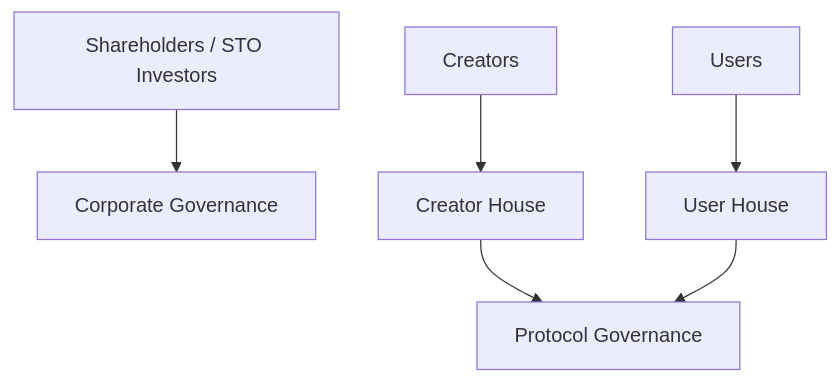
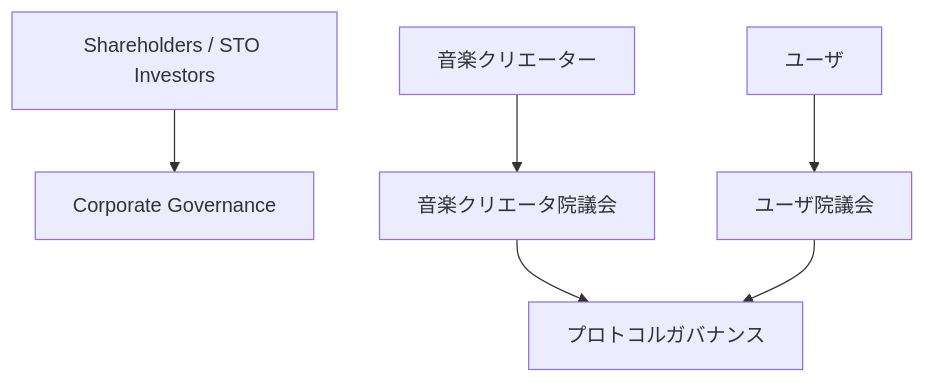
Diagram 15 of 17 in docs/whitepaper/01-vision.md (ShigeichiroYamasaki/creator-first-platform), drawn with Mermaid before and after one commit. The commit also changed other lines of this file and 67 other files, not shown here.

````diff
--- a/docs/whitepaper/01-vision.md
+++ b/docs/whitepaper/01-vision.md
@@ -417,18 +417,18 @@
 ```mermaid
 flowchart TD
     INVESTOR[Shareholders / STO Investors]
     COMPANY[Corporate Governance]
 
-    CREATOR[Creators]
-    CH[Creator House]
+    CREATOR[音楽クリエーター]
+    CH[音楽クリエータ院議会]
 
-    USER[Users]
-    UH[User House]
+    USER[ユーザ]
+    UH[ユーザ院議会]
 
     INVESTOR --> COMPANY
     CREATOR --> CH
     USER --> UH
 
-    CH --> PROTOCOL[Protocol Governance]
+    CH --> PROTOCOL[プロトコルガバナンス]
     UH --> PROTOCOL
 ```
````
